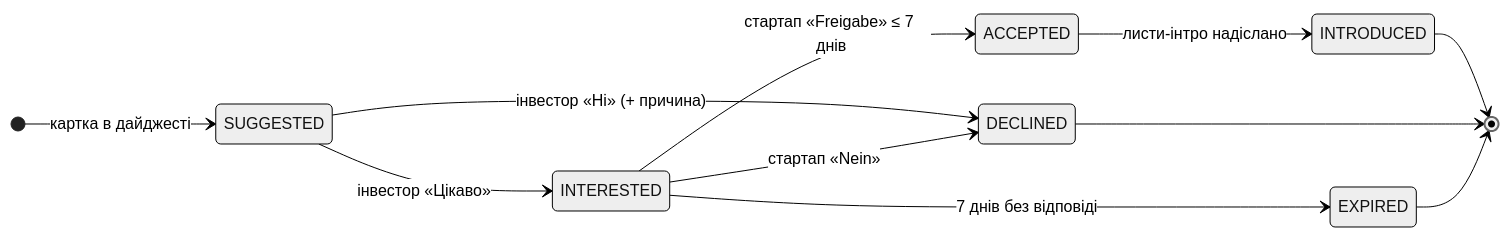
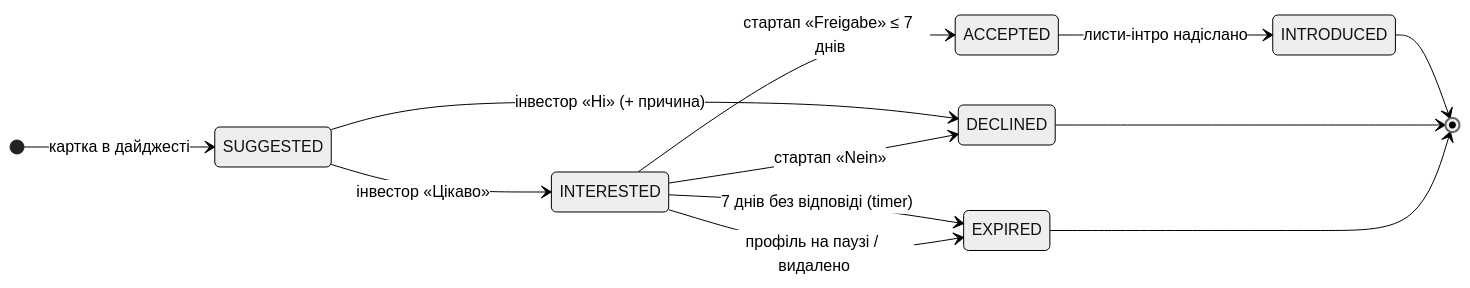
The third of 3 diagrams in README_DATABASE.md (yarinka82/StartShare), drawn with Mermaid (neutral theme) before and after one commit. The commit also changed other lines of this file and 2 other files, not shown here.

First line of the commit message:
Align DB schema with BA docs (2026-11-05)

````diff
--- a/README_DATABASE.md
+++ b/README_DATABASE.md
@@ -237,14 +250,15 @@
 ```mermaid
 stateDiagram-v2
     direction LR
     [*] --> SUGGESTED : картка в дайджесті
     SUGGESTED --> INTERESTED : інвестор «Цікаво»
     SUGGESTED --> DECLINED : інвестор «Ні» (+ причина)
     INTERESTED --> ACCEPTED : стартап «Freigabe» ≤ 7 днів
     INTERESTED --> DECLINED : стартап «Nein»
-    INTERESTED --> EXPIRED : 7 днів без відповіді
+    INTERESTED --> EXPIRED : 7 днів без відповіді (timer)
+    INTERESTED --> EXPIRED : профіль на паузі / видалено
     ACCEPTED --> INTRODUCED : листи-інтро надіслано
     INTRODUCED --> [*]
     DECLINED --> [*]
     EXPIRED --> [*]
 ```
````
